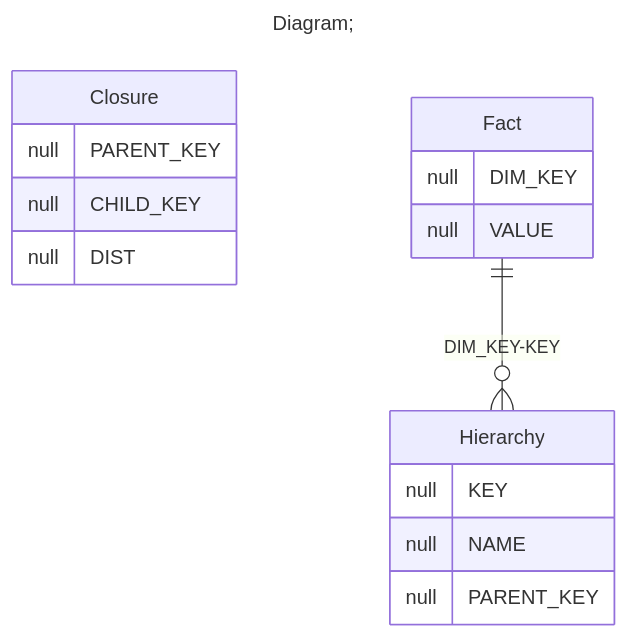
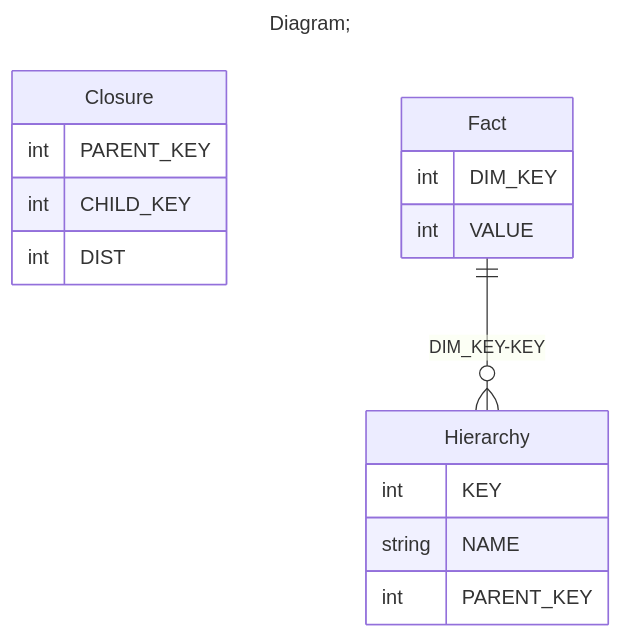
The third of 3 diagrams in demo/server/catalogs/min_Level_Closure_parent_child/README.MD (xmla-services/workground), drawn with Mermaid before and after one commit. The commit also changed other lines of this file and 33 other files, not shown here.

````diff
--- a/demo/server/catalogs/min_Level_Closure_parent_child/README.MD
+++ b/demo/server/catalogs/min_Level_Closure_parent_child/README.MD
@@ -87,22 +86,22 @@
 ```mermaid
 ---
 title: Diagram;
 ---
 erDiagram
 Closure{
-null PARENT_KEY
-null CHILD_KEY
-null DIST
+int PARENT_KEY
+int CHILD_KEY
+int DIST
 }
 Fact{
-null DIM_KEY
-null VALUE
+int DIM_KEY
+int VALUE
 }
 Hierarchy{
-null KEY
-null NAME
-null PARENT_KEY
+int KEY
+string NAME
+int PARENT_KEY
 }
 
 "Fact" ||--o{ "Hierarchy" : "DIM_KEY-KEY"
 ```
````
